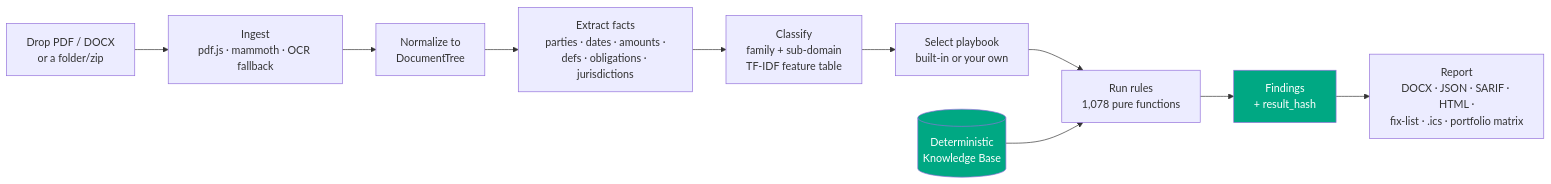
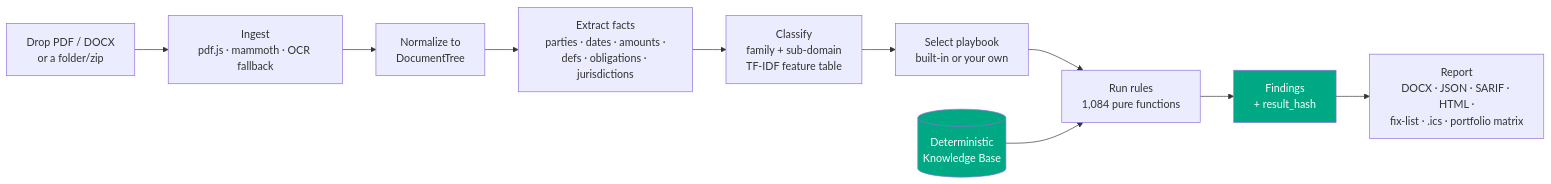
The first of 11 diagrams in README.md (clay-good/vaulytica), drawn with Mermaid before and after one commit. The commit also changed other lines of this file and 98 other files, not shown here.

````diff
--- a/README.md
+++ b/README.md
@@ -27,14 +27,14 @@
 ```mermaid
 flowchart LR
   A[Drop PDF / DOCX<br/>or a folder/zip] --> B[Ingest<br/>pdf.js · mammoth · OCR fallback]
   B --> C[Normalize to<br/>DocumentTree]
   C --> D[Extract facts<br/>parties · dates · amounts ·<br/>defs · obligations · jurisdictions]
   D --> E[Classify<br/>family + sub-domain<br/>TF-IDF feature table]
   E --> F[Select playbook<br/>built-in or your own]
-  F --> G[Run rules<br/>1,078 pure functions]
+  F --> G[Run rules<br/>1,084 pure functions]
   G --> H[Findings<br/>+ result_hash]
   H --> I[Report<br/>DOCX · JSON · SARIF · HTML ·<br/>fix-list · .ics · portfolio matrix]
   K[(Deterministic<br/>Knowledge Base)] --> G
   style K fill:#00A883,color:#fff
   style H fill:#00A883,color:#fff
 ```
````
